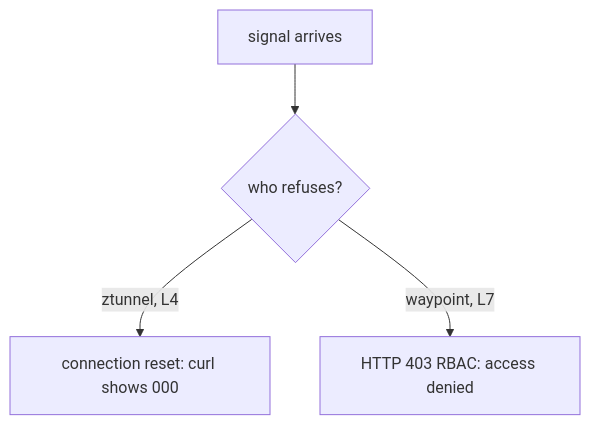
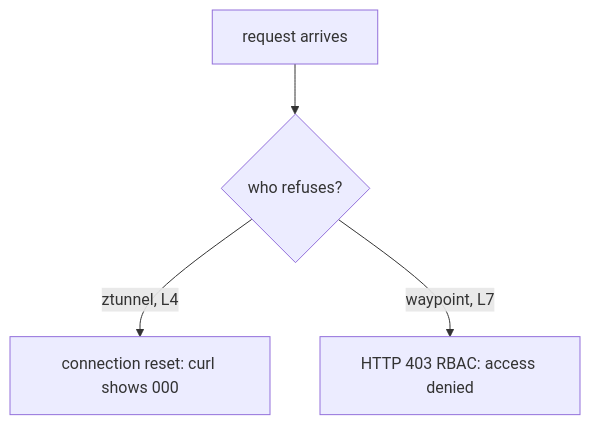
Before and after one commit to astrona-io/ATS015: the diagram in sections/section-060/module-01/course-02-what-ztunnel-can-enforce.md, drawn with Mermaid. The commit also changed other lines of this file and 27 other files, not shown here.

````diff
--- a/sections/section-060/module-01/course-02-what-ztunnel-can-enforce.md
+++ b/sections/section-060/module-01/course-02-what-ztunnel-can-enforce.md
@@ -106,6 +106,6 @@
 ```mermaid
 flowchart TB
-    R["signal arrives"] --> Q{"who refuses?"}
+    R["request arrives"] --> Q{"who refuses?"}
     Q -->|"ztunnel, L4"| C["connection reset: curl shows 000"]
     Q -->|"waypoint, L7"| F["HTTP 403 RBAC: access denied"]
 ```
````
